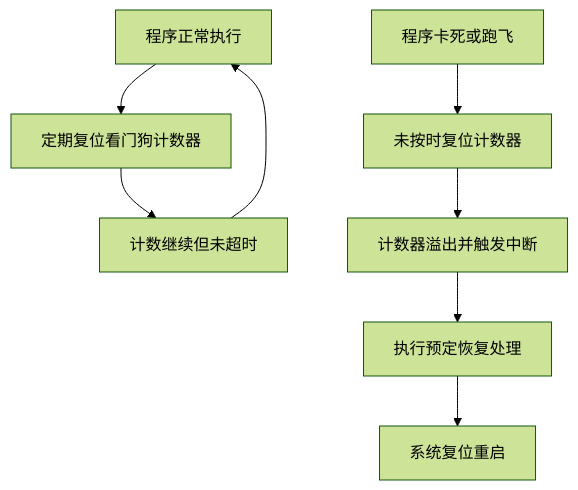
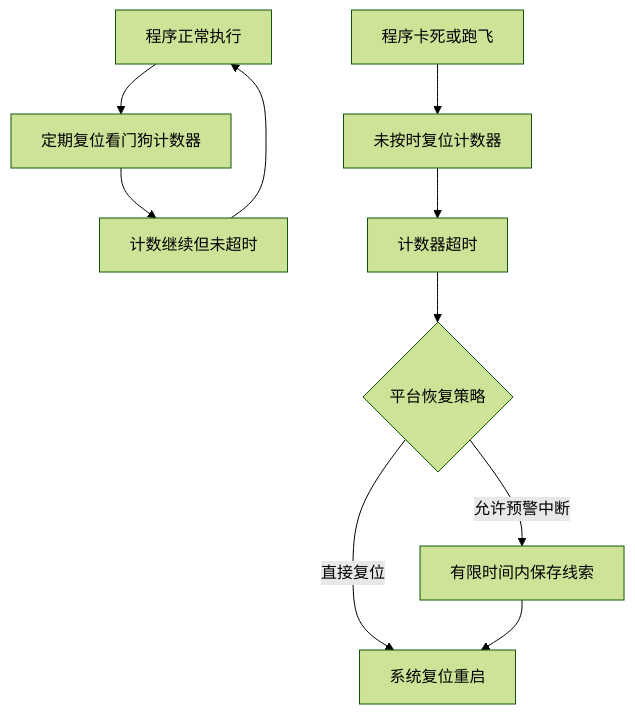
The diagram in 06_架构设计理论与实践/05_嵌入式系统架构/看门狗电路：程序跑飞后怎样让设备自己恢复.md (74262195/system-architect-notes), drawn with Mermaid (forest theme) before and after one commit. The commit also changed other lines of this file and 2 other files, not shown here.

Commit message:
RC1: audit later chapters and eight domains

````diff
--- a/06_架构设计理论与实践/05_嵌入式系统架构/看门狗电路：程序跑飞后怎样让设备自己恢复.md
+++ b/06_架构设计理论与实践/05_嵌入式系统架构/看门狗电路：程序跑飞后怎样让设备自己恢复.md
@@ -25,10 +25,12 @@
 ```mermaid
 flowchart TD
   A[程序正常执行] --> B[定期复位看门狗计数器]
   B --> C[计数继续但未超时]
   C --> A
   D[程序卡死或跑飞] --> E[未按时复位计数器]
-  E --> F[计数器溢出并触发中断]
-  F --> G[执行预定恢复处理]
-  G --> H[系统复位重启]
+  E --> F[计数器超时]
+  F --> G{平台恢复策略}
+  G -->|允许预警中断| H[有限时间内保存线索]
+  G -->|直接复位| I[系统复位重启]
+  H --> I
 ```
````
